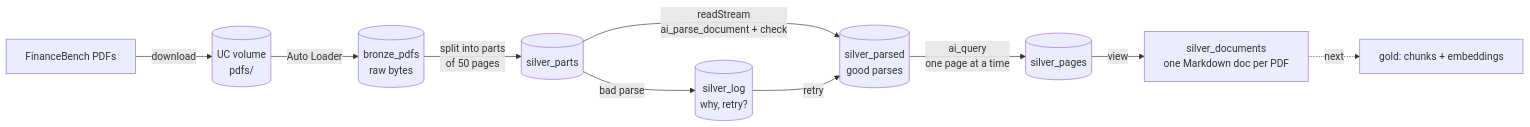
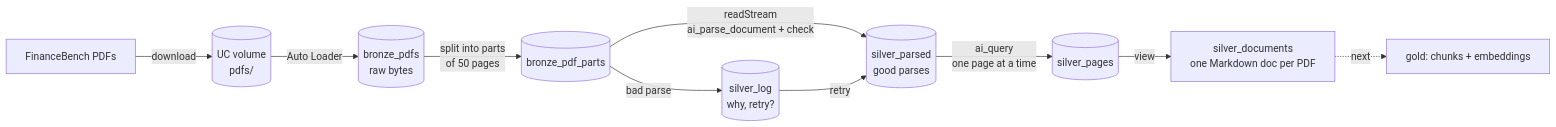
The first of 2 diagrams in README.md (SuddhaswattaMaityUK/dbx-finance-bench-rag), drawn with Mermaid before and after one commit. The commit also changed other lines of this file and 25 other files, not shown here.

First line of the commit message:
One schema per layer: bronze (volume, PDFs, parts) and silver. The split moves to bronze

````diff
--- a/README.md
+++ b/README.md
@@ -9,12 +9,12 @@
 ```mermaid
 flowchart LR
     A[FinanceBench PDFs] -->|download| V[(UC volume<br/>pdfs/)]
     V -->|Auto Loader| B[(bronze_pdfs<br/>raw bytes)]
-    B -->|"split into parts<br/>of 50 pages"| T[("silver_parts")]
+    B -->|"split into parts<br/>of 50 pages"| T[("bronze_pdf_parts")]
     T -->|"readStream<br/>ai_parse_document + check"| P[("silver_parsed<br/>good parses")]
     T -->|"bad parse"| L[("silver_log<br/>why, retry?")]
     L -->|"retry"| P
     P -->|"ai_query<br/>one page at a time"| PG[("silver_pages")]
     PG -->|view| D["silver_documents<br/>one Markdown doc per PDF"]
     D -.->|next| G[gold: chunks + embeddings]
 ```
````
